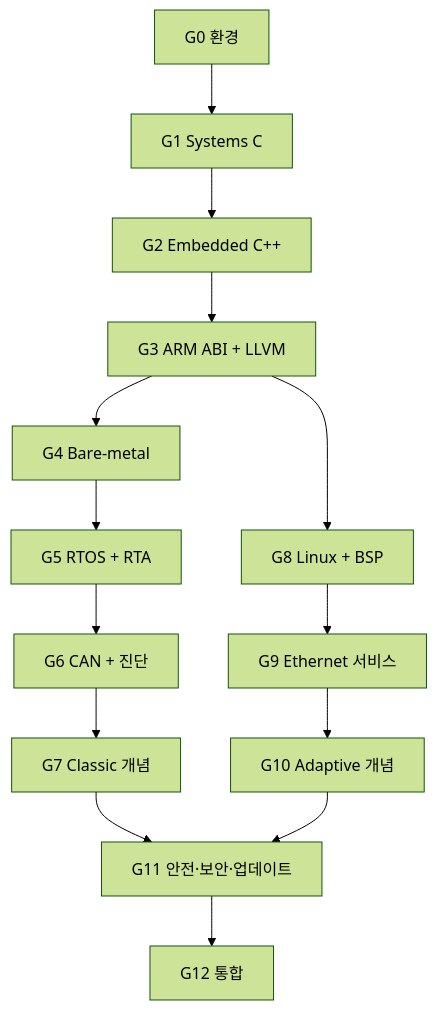
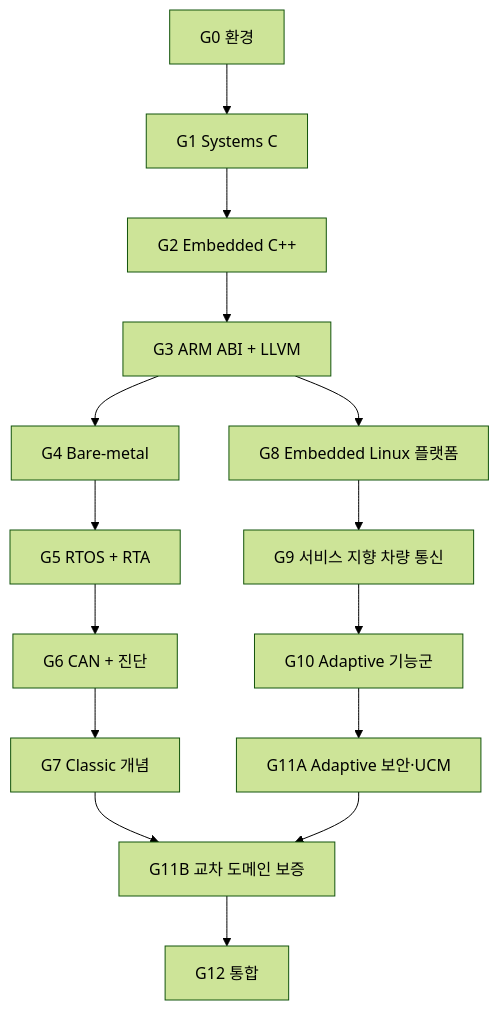
The diagram in ROADMAP.md (ThePo1es/adaptive-vehicle-platform-lab), drawn with Mermaid (forest theme) before and after one commit. The commit also changed other lines of this file and 75 other files, not shown here.

````diff
--- a/ROADMAP.md
+++ b/ROADMAP.md
@@ -28,16 +28,17 @@
 ```mermaid
 flowchart TB
     G0["G0 환경"] --> G1["G1 Systems C"]
     G1 --> G2["G2 Embedded C++"]
     G2 --> G3["G3 ARM ABI + LLVM"]
     G3 --> G4["G4 Bare-metal"]
     G4 --> G5["G5 RTOS + RTA"]
     G5 --> G6["G6 CAN + 진단"]
     G6 --> G7["G7 Classic 개념"]
-    G3 --> G8["G8 Linux + BSP"]
-    G8 --> G9["G9 Ethernet 서비스"]
-    G9 --> G10["G10 Adaptive 개념"]
-    G7 --> G11["G11 안전·보안·업데이트"]
-    G10 --> G11
-    G11 --> G12["G12 통합"]
+    G3 --> G8["G8 Embedded Linux 플랫폼"]
+    G8 --> G9["G9 서비스 지향 차량 통신"]
+    G9 --> G10["G10 Adaptive 기능군"]
+    G10 --> G11A["G11A Adaptive 보안·UCM"]
+    G7 --> G11B["G11B 교차 도메인 보증"]
+    G11A --> G11B
+    G11B --> G12["G12 통합"]
 ```
````
